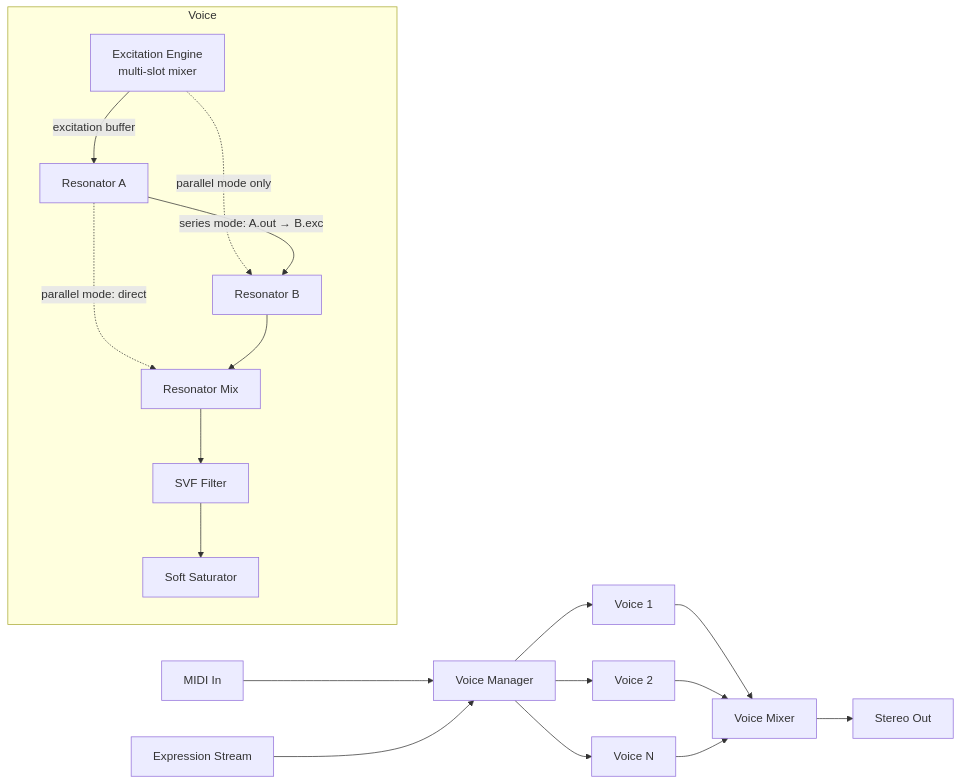
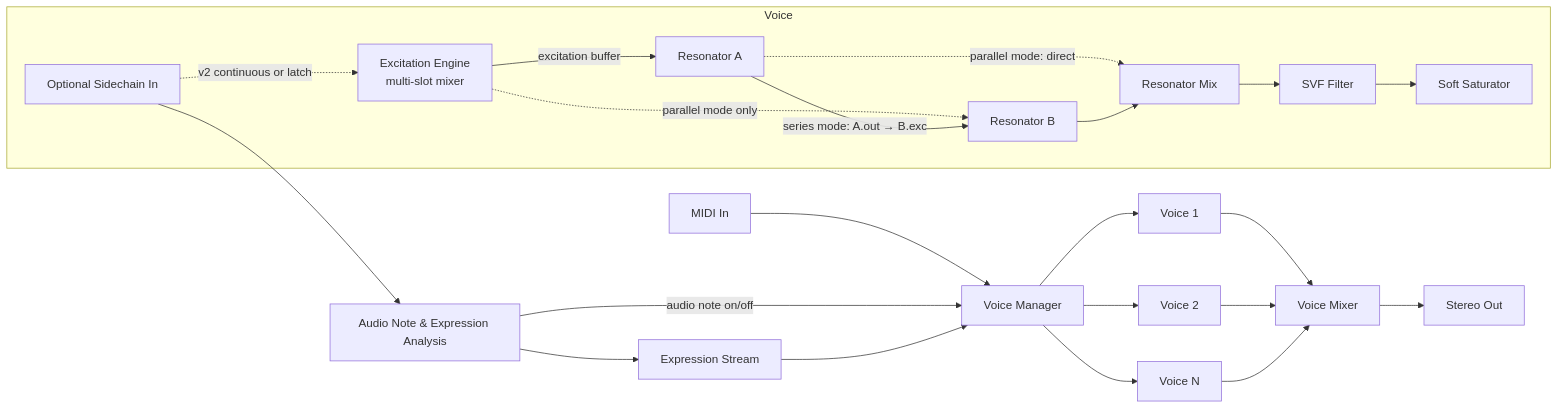
One commit to chris-arsenault/lindelion changed the diagram in docs/plugins/lamath.md. Above: the diagram before and after it, drawn with Mermaid. The commit also changed other lines of this file and 42 other files, not shown here.

````diff
--- a/docs/plugins/lamath.md
+++ b/docs/plugins/lamath.md
@@ -32,30 +32,34 @@
 ```mermaid
 flowchart LR
     MIDI[MIDI In] --> VM[Voice Manager]
+    SIDE[Optional Sidechain In] --> ANALYSIS[Audio Note & Expression Analysis]
+    ANALYSIS -->|audio note on/off| VM
     EXP[Expression Stream] --> VM
+    ANALYSIS --> EXP
 
     VM --> V1[Voice 1]
     VM --> V2[Voice 2]
     VM --> VN[Voice N]
 
     subgraph Voice
         EE[Excitation Engine<br/>multi-slot mixer]
         RA[Resonator A]
         RB[Resonator B]
         FILT[SVF Filter]
         SAT[Soft Saturator]
 
+        SIDE -.->|v2 continuous or latch| EE
         EE -->|excitation buffer| RA
         EE -.->|parallel mode only| RB
         RA -->|series mode: A.out → B.exc| RB
         RA -.->|parallel mode: direct| MIX2
         RB --> MIX2[Resonator Mix]
         MIX2 --> FILT
         FILT --> SAT
     end
 
     V1 --> MIX[Voice Mixer]
     V2 --> MIX
     VN --> MIX
     MIX --> OUT[Stereo Out]
 ```
````
